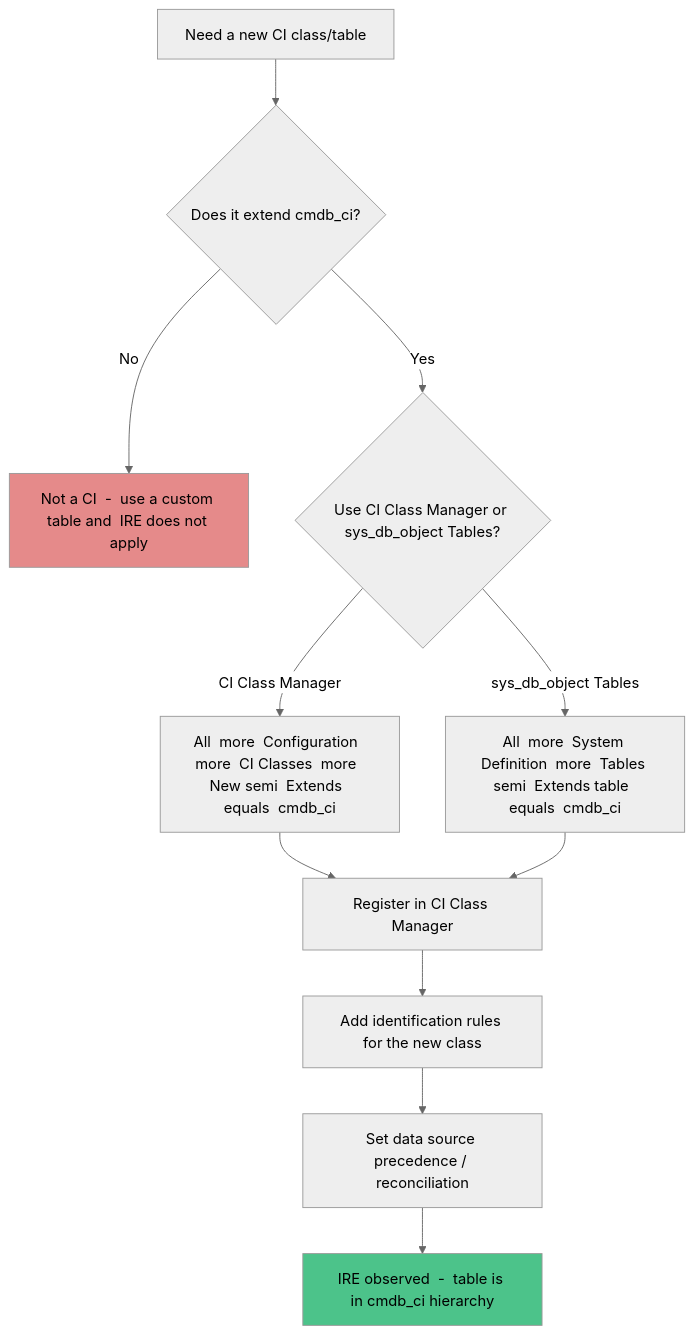
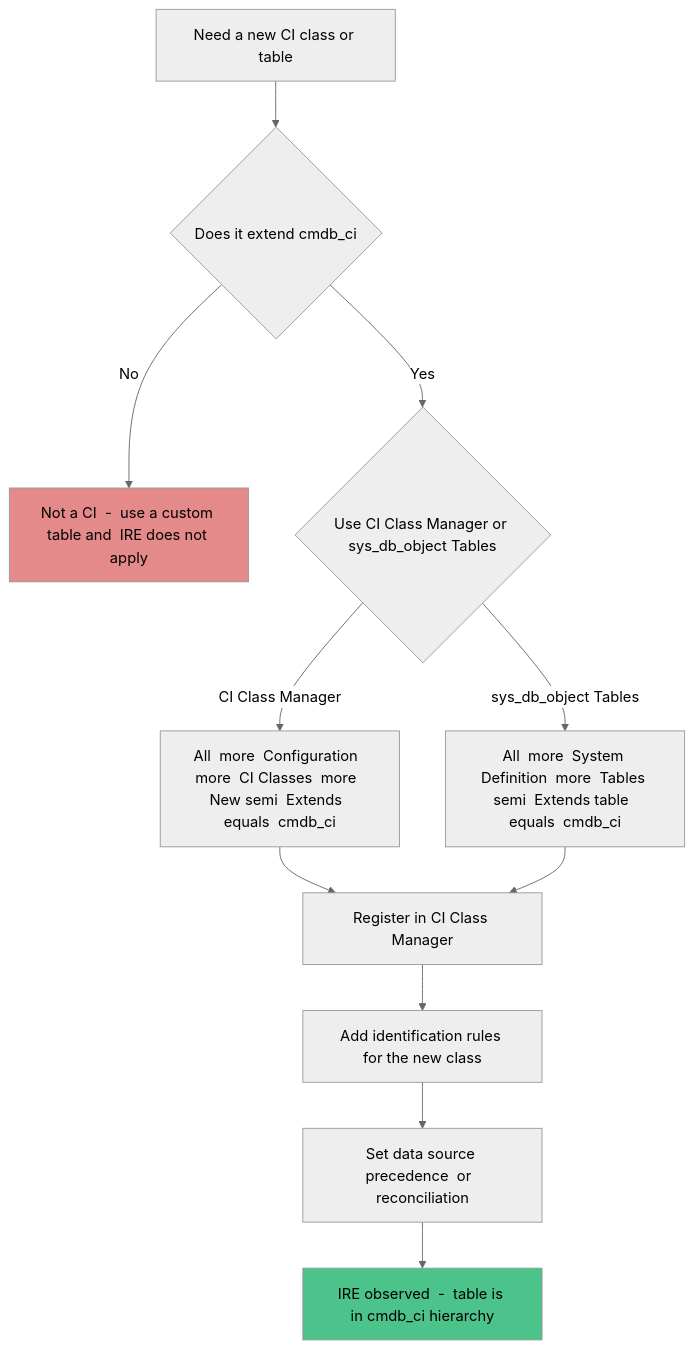
One commit to eltonaguiar/ServiceNow_Learning_TSOM-_CSM_FSM_SalesCRM_HAM_ITSM changed diagram 16 of 22 in docs/modules/cmdb/cmdb-guide.md. Above: the diagram before and after it, drawn with Mermaid (neutral theme). The commit also changed other lines of this file and 19 other files, not shown here.

First line of the commit message:
Fix Mermaid diagram syntax errors - replace problematic chars in text content only

````diff
--- a/docs/modules/cmdb/cmdb-guide.md
+++ b/docs/modules/cmdb/cmdb-guide.md
@@ -2096,16 +2096,16 @@
 ```mermaid
 flowchart TD
-    A[Need a new CI class/table] --> B{Does it extend cmdb_ci?}
+    A[Need a new CI class or table] --> B{Does it extend cmdb_ci}
     B -->|No| C[Not a CI  -  use a custom table and  IRE does not apply]
-    B -->|Yes| D{Use CI Class Manager or sys_db_object Tables?}
+    B -->|Yes| D{Use CI Class Manager or sys_db_object Tables}
     D -->|CI Class Manager| E[All  more  Configuration  more  CI Classes  more  New semi  Extends  equals  cmdb_ci]
     D -->|sys_db_object Tables| F[All  more  System Definition  more  Tables semi  Extends table  equals  cmdb_ci]
     E --> G[Register in CI Class Manager]
     F --> G
     G --> H[Add identification rules for the new class]
-    H --> I[Set data source precedence / reconciliation]
+    H --> I[Set data source precedence  or  reconciliation]
     I --> J[IRE observed  -  table is in cmdb_ci hierarchy]
     style J fill:#4cc38a,color:#000
     style C fill:#e58a8a,color:#000
 
 ```
````
